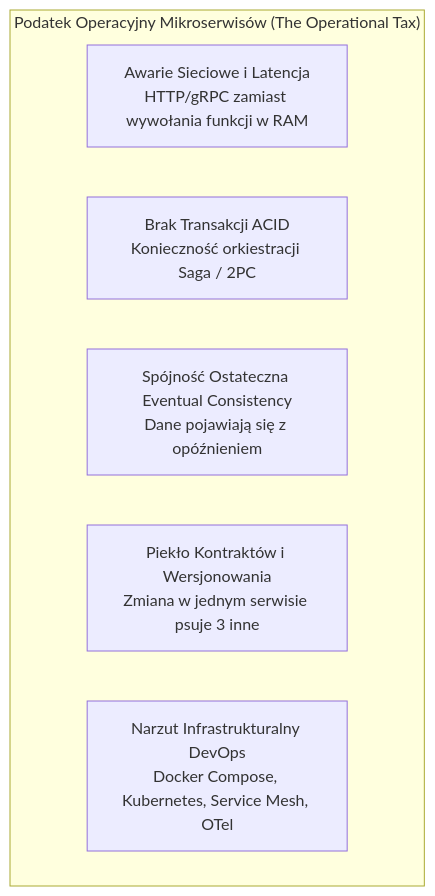
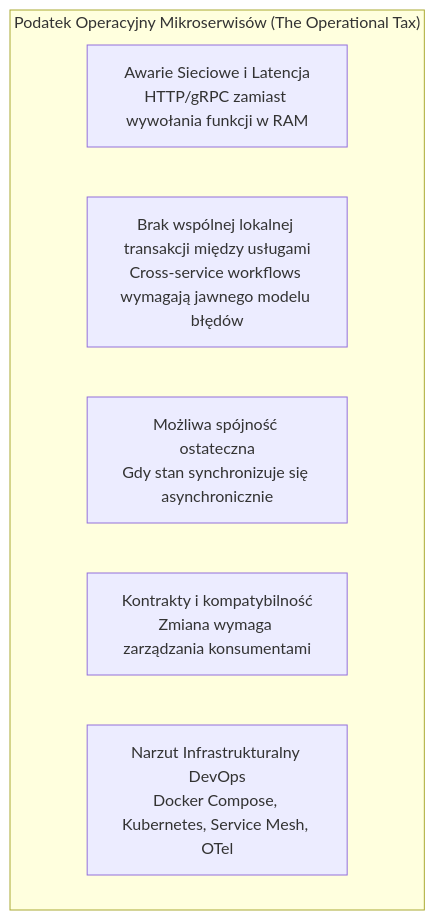
Before and after one commit to lMamacl/Vaultie: the second of 2 diagrams in 90_Meta/lessons/2.2/2.2-system-architecture-paradigms.md, drawn with Mermaid. The commit also changed other lines of this file and 9 other files, not shown here.

````diff
--- a/90_Meta/lessons/2.2/2.2-system-architecture-paradigms.md
+++ b/90_Meta/lessons/2.2/2.2-system-architecture-paradigms.md
@@ -335,10 +331,10 @@
 ```mermaid
 flowchart TD
     subgraph KosztyMikroserwisow["Podatek Operacyjny Mikroserwisów (The Operational Tax)"]
         A[Awarie Sieciowe i Latencja<br/>HTTP/gRPC zamiast wywołania funkcji w RAM]
-        B[Brak Transakcji ACID<br/>Konieczność orkiestracji Saga / 2PC]
-        C[Spójność Ostateczna Eventual Consistency<br/>Dane pojawiają się z opóźnieniem]
-        D[Piekło Kontraktów i Wersjonowania<br/>Zmiana w jednym serwisie psuje 3 inne]
+        B[Brak wspólnej lokalnej transakcji między usługami<br/>Cross-service workflows wymagają jawnego modelu błędów]
+        C[Możliwa spójność ostateczna<br/>Gdy stan synchronizuje się asynchronicznie]
+        D[Kontrakty i kompatybilność<br/>Zmiana wymaga zarządzania konsumentami]
         E[Narzut Infrastrukturalny DevOps<br/>Docker Compose, Kubernetes, Service Mesh, OTel]
     end
 ```
````
